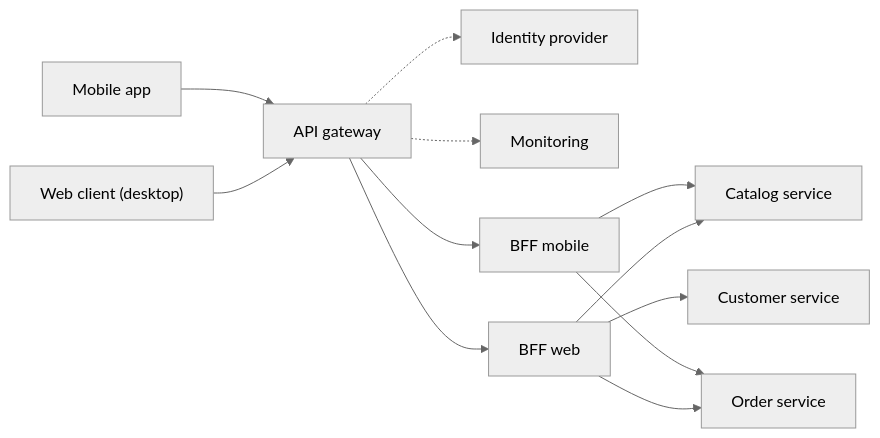
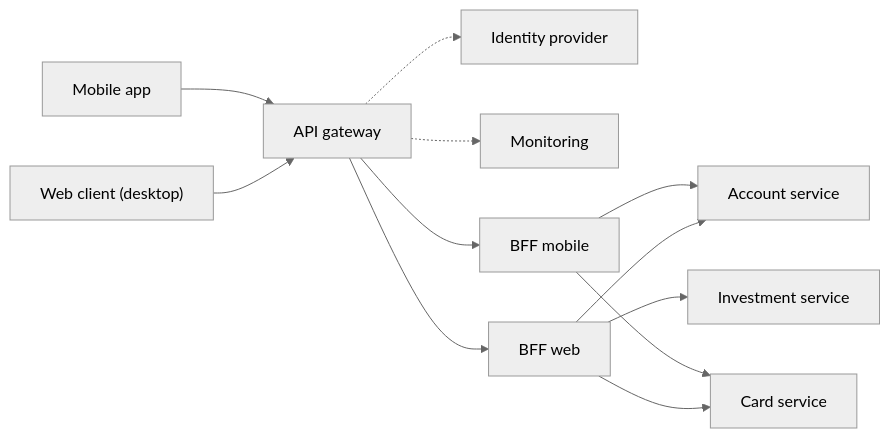
Before and after one commit to alancesar/design-patterns: the diagram in i18n/en/docusaurus-plugin-content-docs/current/architecture/cloud-design-patterns/gateways-and-edge/backends-for-frontends.md, drawn with Mermaid (neutral theme). The commit also changed other lines of this file and 13 other files, not shown here.

Commit message:
Switch cloud-design-patterns concrete diagrams to fintech scenarios

````diff
--- a/i18n/en/docusaurus-plugin-content-docs/current/architecture/cloud-design-patterns/gateways-and-edge/backends-for-frontends.md
+++ b/i18n/en/docusaurus-plugin-content-docs/current/architecture/cloud-design-patterns/gateways-and-edge/backends-for-frontends.md
@@ -72,14 +72,14 @@
 ```mermaid
 flowchart LR
     W["Web client (desktop)"] --> G["API gateway"]
     M["Mobile app"] --> G
     G -.-> I["Identity provider"]
     G -.-> O["Monitoring"]
     G --> BW["BFF web"]
     G --> BM["BFF mobile"]
-    BW --> S1["Catalog service"]
-    BW --> S2["Order service"]
+    BW --> S1["Account service"]
+    BW --> S2["Card service"]
     BM --> S1
     BM --> S2
-    BW --> S3["Customer service"]
+    BW --> S3["Investment service"]
 ```
````
